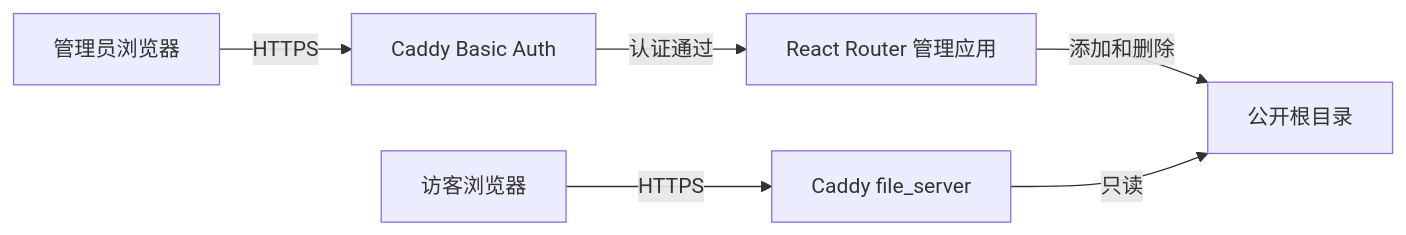
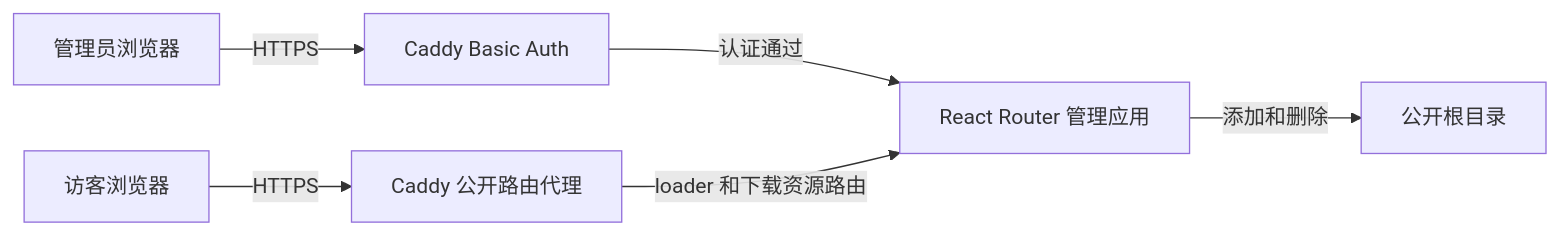
Before and after one commit to qw0er/ShareBox: the diagram in docs/architecture.md, drawn with Mermaid. The commit also changed other lines of this file and 21 other files, not shown here.

````diff
--- a/docs/architecture.md
+++ b/docs/architecture.md
@@ -9,8 +9,8 @@
 ```mermaid
 flowchart LR
     Admin[管理员浏览器] -->|HTTPS| Auth[Caddy Basic Auth]
     Auth -->|认证通过| App[React Router 管理应用]
     App -->|添加和删除| Files[公开根目录]
-    Visitor[访客浏览器] -->|HTTPS| Public[Caddy file_server]
-    Public -->|只读| Files
+    Visitor[访客浏览器] -->|HTTPS| Public[Caddy 公开路由代理]
+    Public -->|loader 和下载资源路由| App
 ```
````
